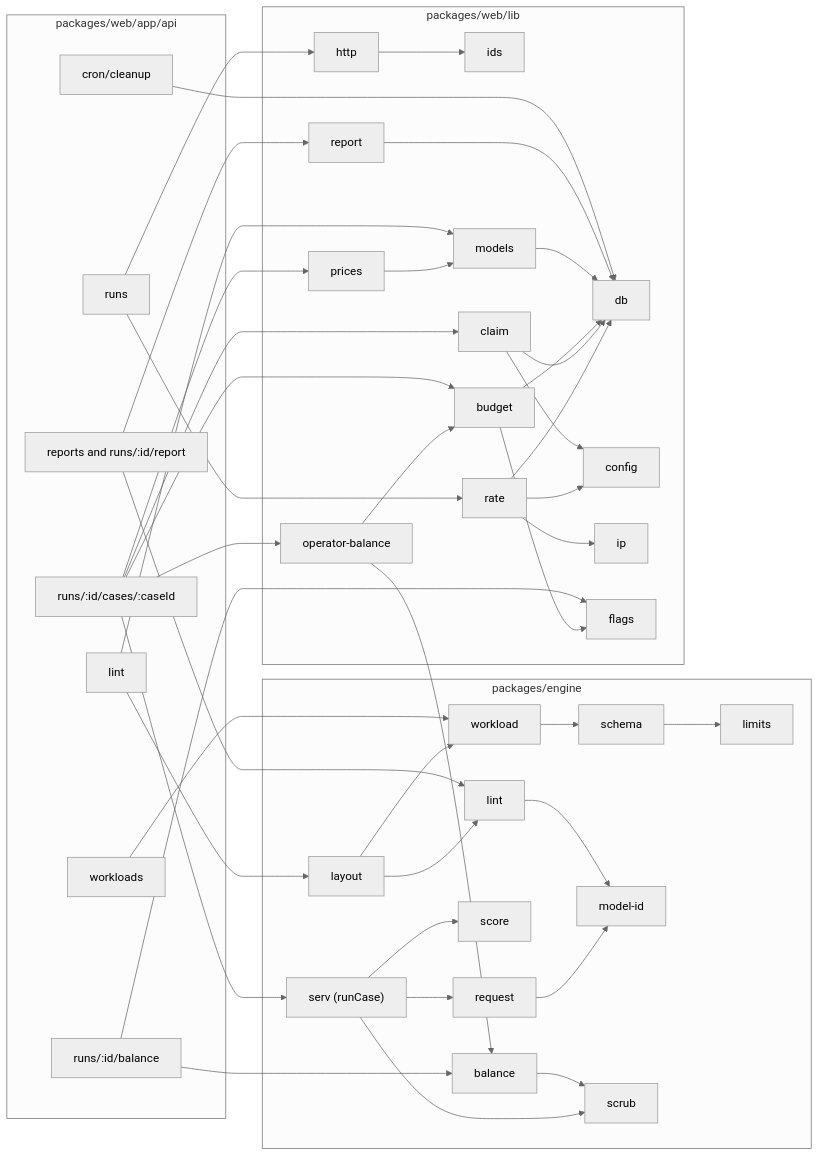
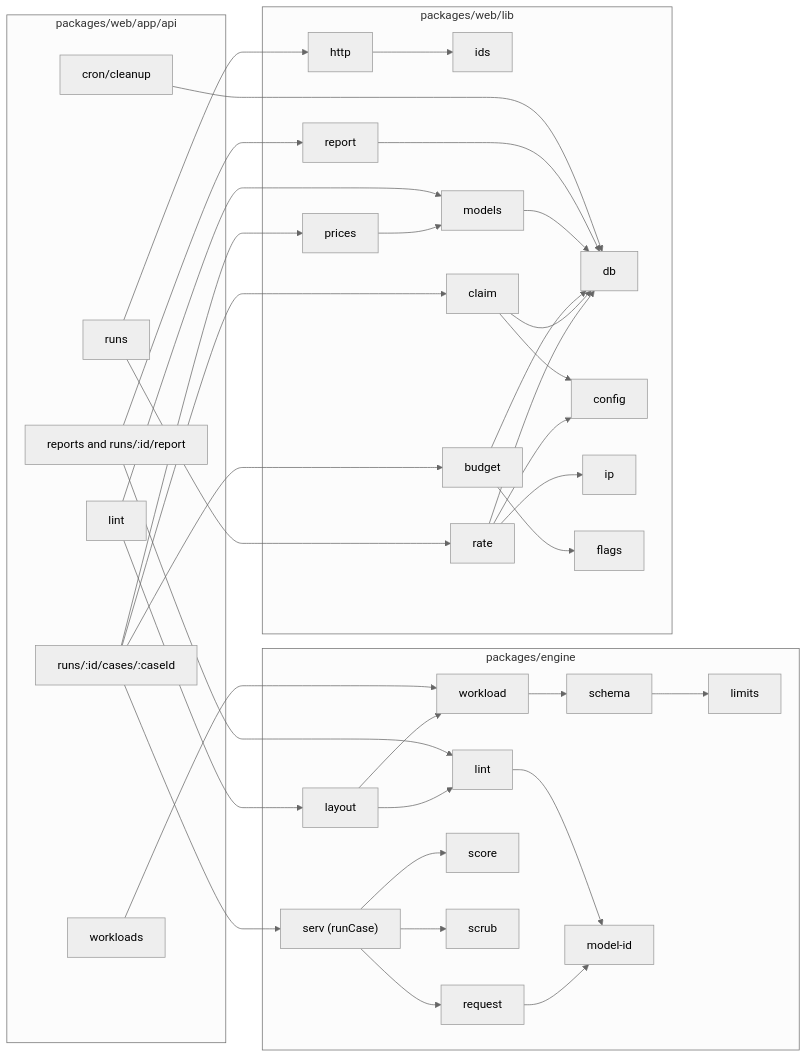
Before and after one commit to ramakrishnanhulk20/Urai: the third of 3 diagrams in ARCHITECTURE.md, drawn with Mermaid (neutral theme). The commit also changed other lines of this file and 54 other files, not shown here.

```diff
--- a/ARCHITECTURE.md
+++ b/ARCHITECTURE.md
@@ -89,7 +89,6 @@
     e_score["score"]
     e_scrub["scrub"]
     e_serv["serv (runCase)"]
-    e_balance["balance"]
     e_lint["lint"]
     e_layout["layout"]
   end
@@ -106,7 +105,6 @@
     w_flags["flags"]
     w_prices["prices"]
     w_models["models"]
-    w_operator["operator-balance"]
     w_report["report"]
   end
 
@@ -114,7 +112,6 @@
     r_work["workloads"]
     r_runs["runs"]
     r_case["runs/:id/cases/:caseId"]
-    r_bal["runs/:id/balance"]
     r_rep["reports and runs/:id/report"]
     r_lint["lint"]
     r_cron["cron/cleanup"]
@@ -126,7 +123,6 @@
   e_serv --> e_request
   e_serv --> e_score
   e_serv --> e_scrub
-  e_balance --> e_scrub
   e_lint --> e_modelid
   e_layout --> e_lint
   e_layout --> e_workload
@@ -139,8 +135,6 @@
   w_budget --> w_flags
   w_prices --> w_models
   w_models --> w_db
-  w_operator --> w_budget
-  w_operator --> e_balance
   w_report --> w_db
   w_rate --> w_config
   w_claim --> w_config
@@ -151,10 +145,7 @@
   r_case --> w_claim
   r_case --> w_budget
   r_case --> w_prices
-  r_case --> w_operator
   r_case --> e_serv
-  r_bal --> e_balance
-  r_bal --> w_flags
   r_rep --> w_report
   r_rep --> e_lint
   r_lint --> e_layout
```
